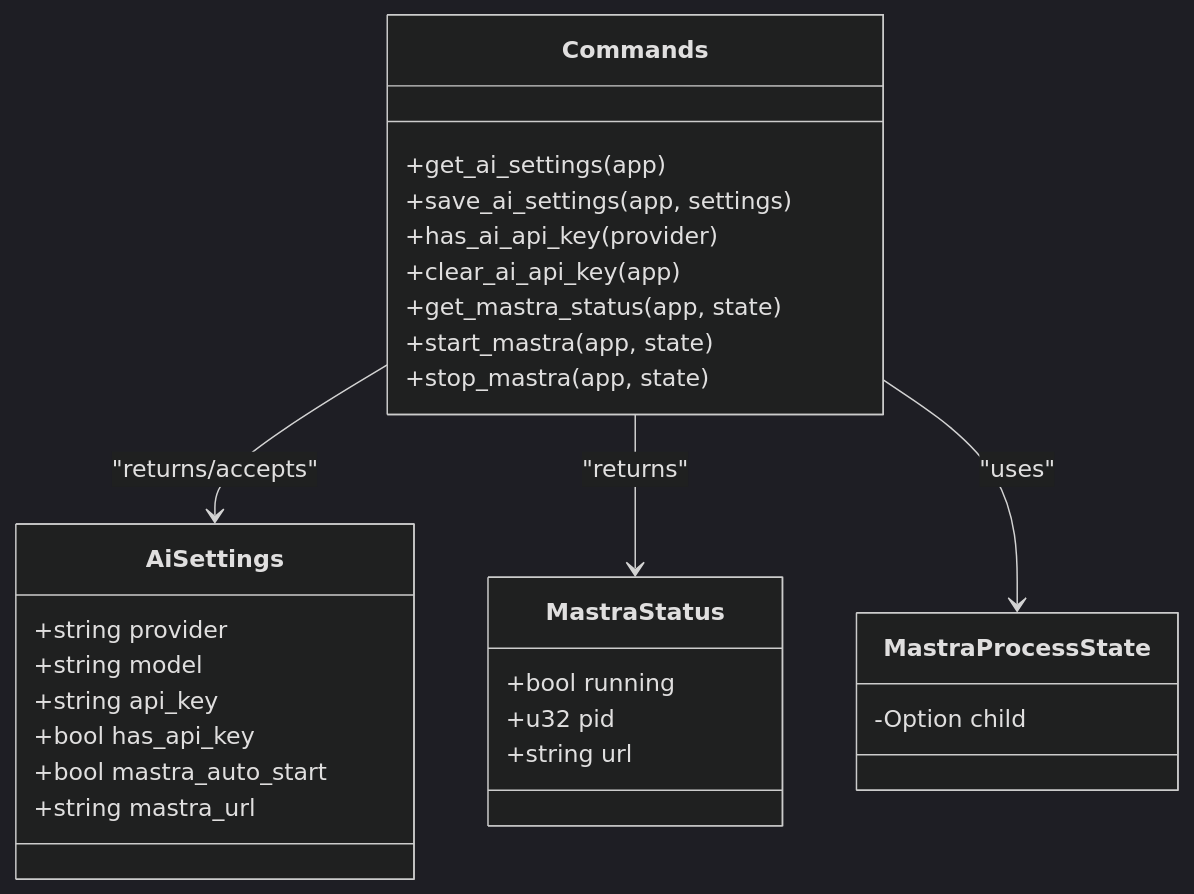
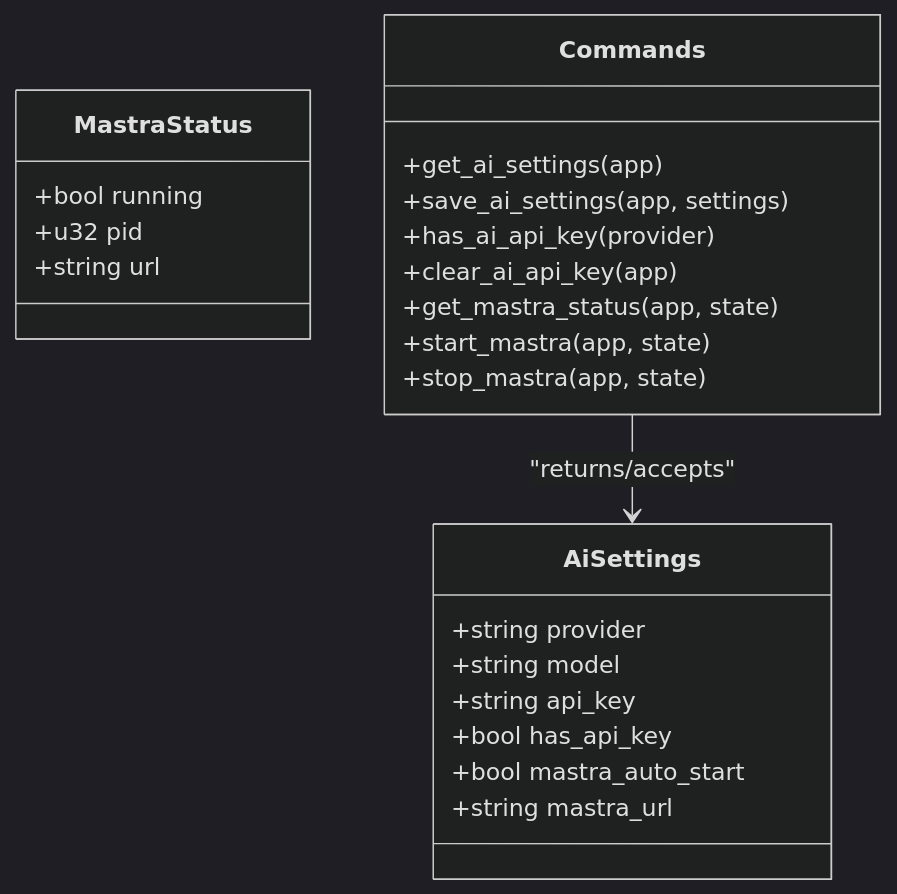
One commit to arhamymr/hexbuffer changed the fifth of 8 diagrams in .qoder/repowiki/en/content/AI Integration/AI Assistant System.md. Above: the diagram before and after it, drawn with Mermaid (dark theme). The commit also changed other lines of this file and 21 other files, not shown here.

````diff
--- a/.qoder/repowiki/en/content/AI Integration/AI Assistant System.md
+++ b/.qoder/repowiki/en/content/AI Integration/AI Assistant System.md
@@ -239,31 +244,26 @@
 ```mermaid
 classDiagram
 class AiSettings {
 +string provider
 +string model
 +string api_key
 +bool has_api_key
 +bool mastra_auto_start
 +string mastra_url
 }
 class MastraStatus {
 +bool running
 +u32 pid
 +string url
 }
-class MastraProcessState {
--Option<Child> child
-}
 class Commands {
 +get_ai_settings(app)
 +save_ai_settings(app, settings)
 +has_ai_api_key(provider)
 +clear_ai_api_key(app)
 +get_mastra_status(app, state)
 +start_mastra(app, state)
 +stop_mastra(app, state)
 }
 Commands --> AiSettings : "returns/accepts"
-Commands --> MastraStatus : "returns"
-Commands --> MastraProcessState : "uses"
 ```
````
